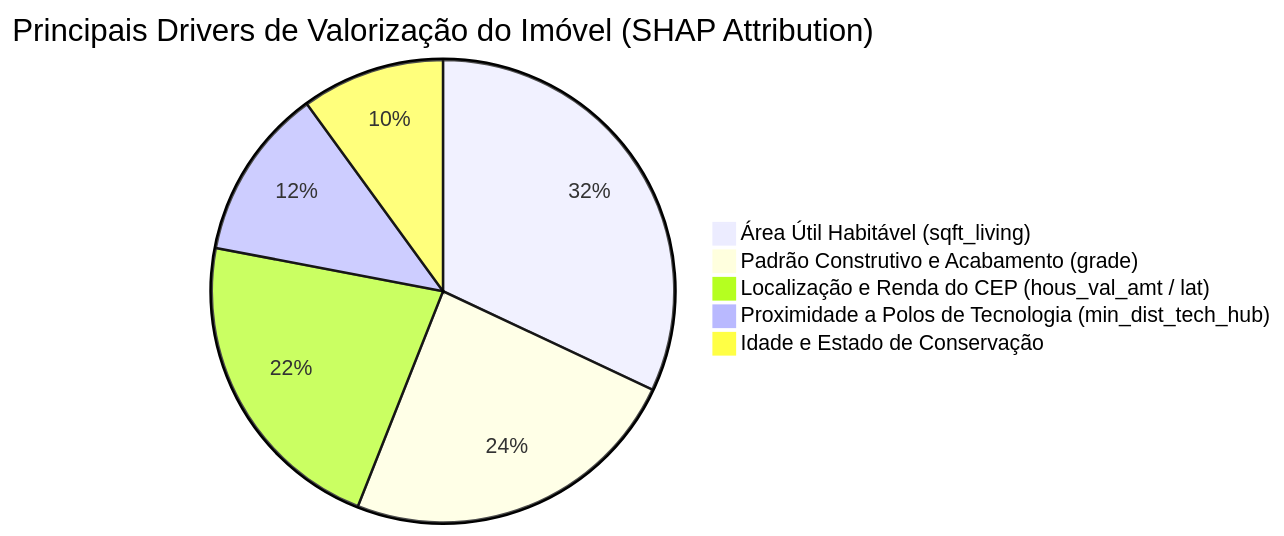
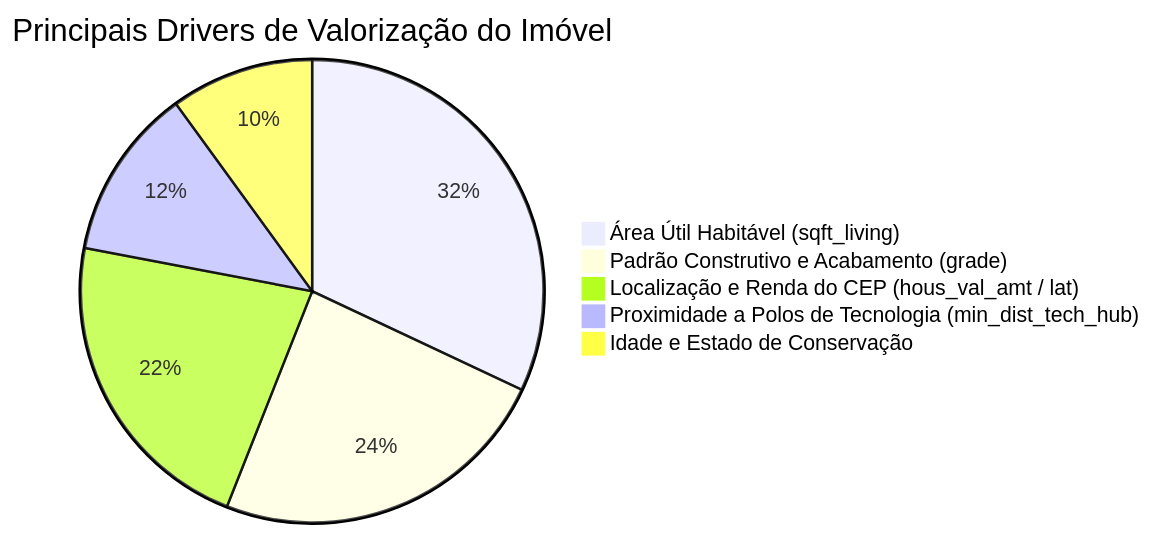
Before and after one commit to MSFERRO/seattle-real-estate-avm: the first of 3 diagrams in README.md, drawn with Mermaid. The commit also changed other lines of this file, not shown here.

Commit message:
fix(docs): format mermaid diagram syntax to render correctly on GitHub

````diff
--- a/README.md
+++ b/README.md
@@ -127,8 +127,8 @@
 ```mermaid
-pie title Principais Drivers de Valorização do Imóvel (SHAP Attribution)
+pie title Principais Drivers de Valorização do Imóvel
     "Área Útil Habitável (sqft_living)" : 32
     "Padrão Construtivo e Acabamento (grade)" : 24
     "Localização e Renda do CEP (hous_val_amt / lat)" : 22
     "Proximidade a Polos de Tecnologia (min_dist_tech_hub)" : 12
     "Idade e Estado de Conservação" : 10
 ```
````
